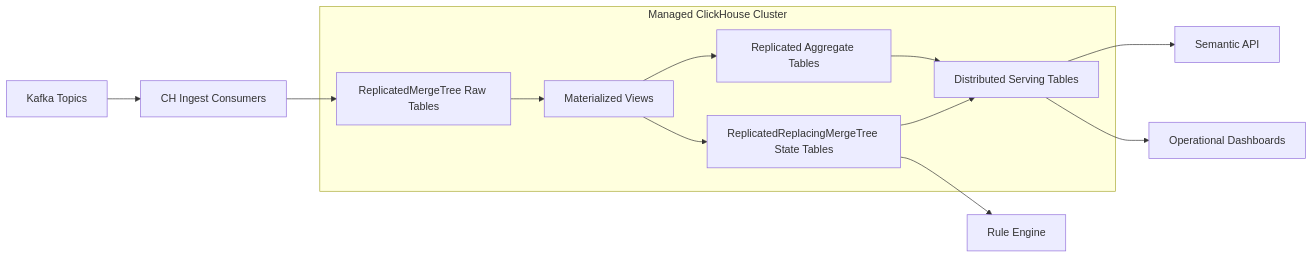
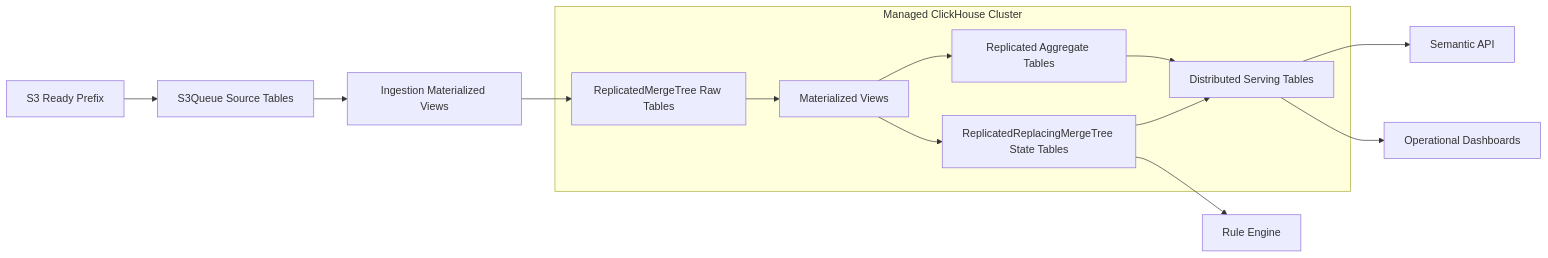
One commit to harshavardhan-99/-SQL-Engine- changed the diagram in docs/lld/04-clickhouse-processing-serving-lld.md. Above: the diagram before and after it, drawn with Mermaid. The commit also changed other lines of this file and 6 other files, not shown here.

Commit message:
Update architecture docs for S3Queue consistency-first ingestion

````diff
--- a/docs/lld/04-clickhouse-processing-serving-lld.md
+++ b/docs/lld/04-clickhouse-processing-serving-lld.md
@@ -38,22 +39,23 @@
 ```mermaid
 flowchart LR
-  Kafka["Kafka Topics"] --> Ingest["CH Ingest Consumers"]
+  S3["S3 Ready Prefix"] --> S3Q["S3Queue Source Tables"]
+  S3Q --> IngestMV["Ingestion Materialized Views"]
 
   subgraph CH["Managed ClickHouse Cluster"]
     Raw["ReplicatedMergeTree Raw Tables"]
     MV["Materialized Views"]
     State["ReplicatedReplacingMergeTree State Tables"]
     Agg["Replicated Aggregate Tables"]
     Dist["Distributed Serving Tables"]
   end
 
-  Ingest --> Raw
+  IngestMV --> Raw
   Raw --> MV
   MV --> State
   MV --> Agg
   State --> Dist
   Agg --> Dist
   Dist --> Semantic["Semantic API"]
   Dist --> Dash["Operational Dashboards"]
   State --> Rules["Rule Engine"]
 ```
````
